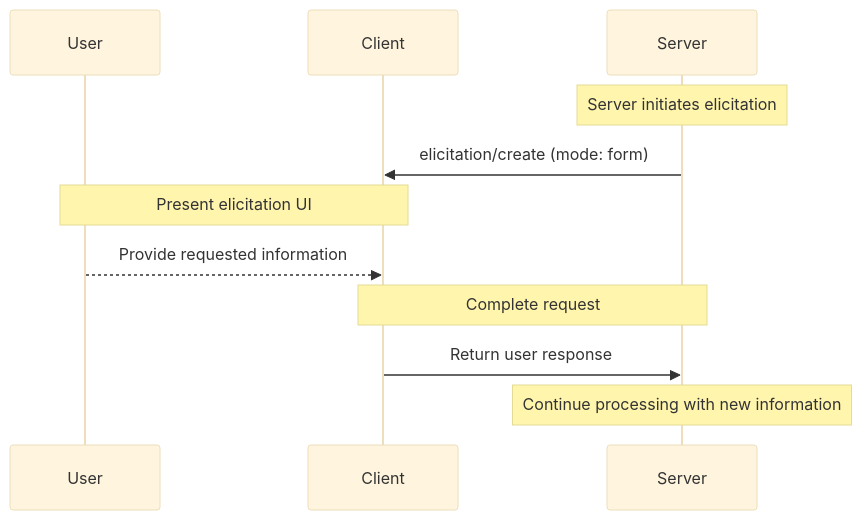
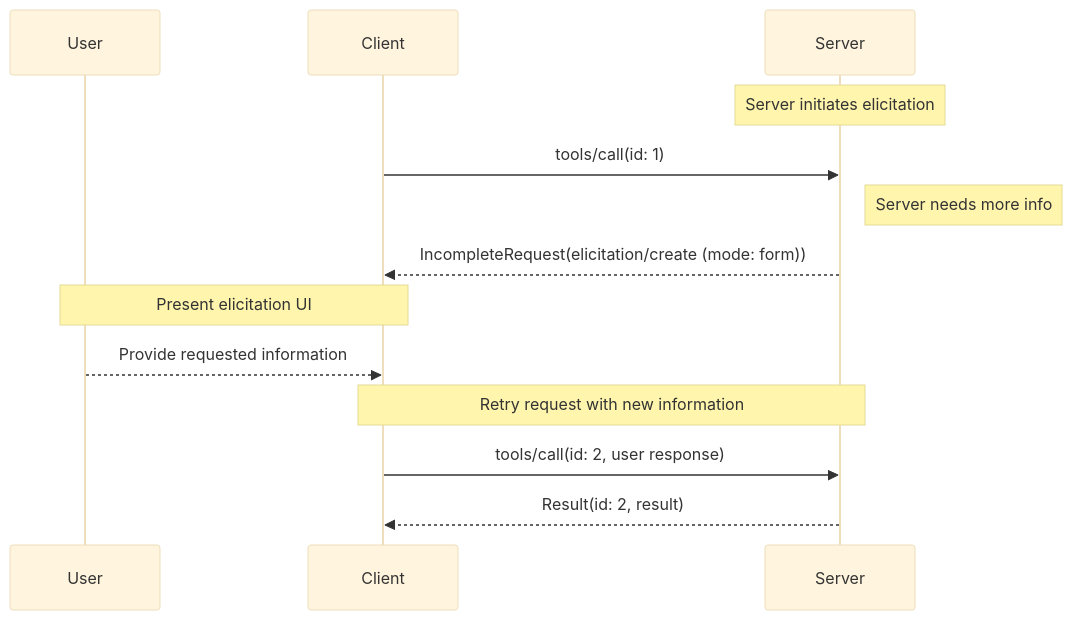
The first of 4 diagrams in docs/specification/draft/client/elicitation.mdx (modelcontextprotocol/modelcontextprotocol), drawn with Mermaid (base theme) before and after one commit. The commit also changed other lines of this file, not shown here.

Commit message:
update elicitation, a few todos left

````diff
--- a/docs/specification/draft/client/elicitation.mdx
+++ b/docs/specification/draft/client/elicitation.mdx
@@ -481,17 +478,18 @@
 ```mermaid
 sequenceDiagram
     participant User
     participant Client
     participant Server
 
     Note over Server: Server initiates elicitation
-    Server->>Client: elicitation/create (mode: form)
+    Client->>Server: tools/call(id: 1)
+    note right of Server: Server needs more info
+    Server-->>Client: IncompleteRequest(elicitation/create (mode: form))
 
     Note over User,Client: Present elicitation UI
     User-->>Client: Provide requested information
 
-    Note over Server,Client: Complete request
-    Client->>Server: Return user response
-
-    Note over Server: Continue processing with new information
+    Note over Server,Client: Retry request with new information
+    Client->>Server: tools/call(id: 2, user response)
+    Server-->>Client: Result(id: 2, result)
 ```
````
